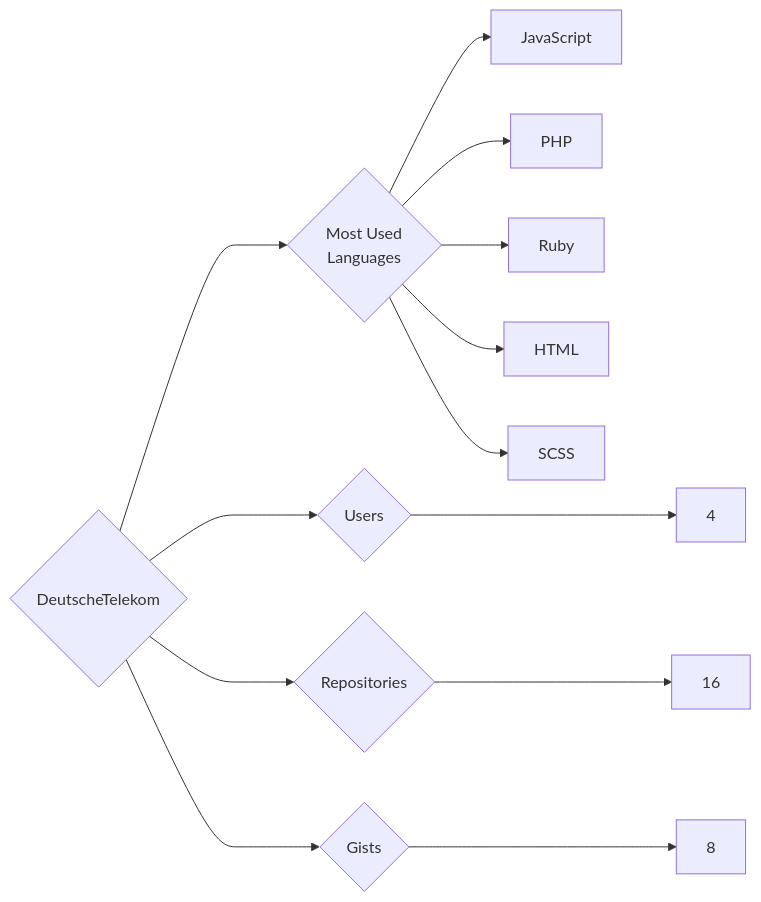
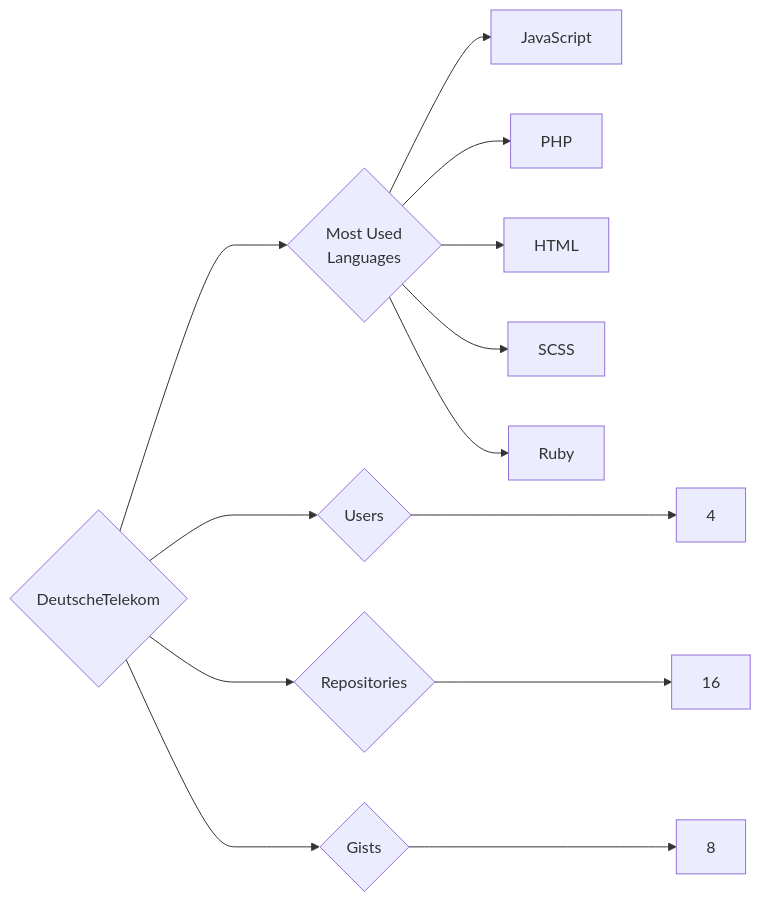
Before and after one commit to trickest/insiders: the diagram in targets/DeutscheTelekom/README.md, drawn with Mermaid. The commit also changed other lines of this file and 783 other files, not shown here.

````diff
--- a/targets/DeutscheTelekom/README.md
+++ b/targets/DeutscheTelekom/README.md
@@ -3,13 +3,13 @@
 ```mermaid
 graph LR
 COMPANY_NAME{DeutscheTelekom}
 COMPANY_NAME ---> U{Users} ---> UN[4]
 COMPANY_NAME ---> R{Repositories} ---> RN[16]
 COMPANY_NAME ---> G{Gists} ---> GN[8]
 COMPANY_NAME ---> ML{Most Used<br>Languages}
 ML --> JavaScript[JavaScript]
 ML --> PHP[PHP]
-ML --> Ruby[Ruby]
 ML --> HTML[HTML]
 ML --> SCSS[SCSS]
+ML --> Ruby[Ruby]
 ```
````
